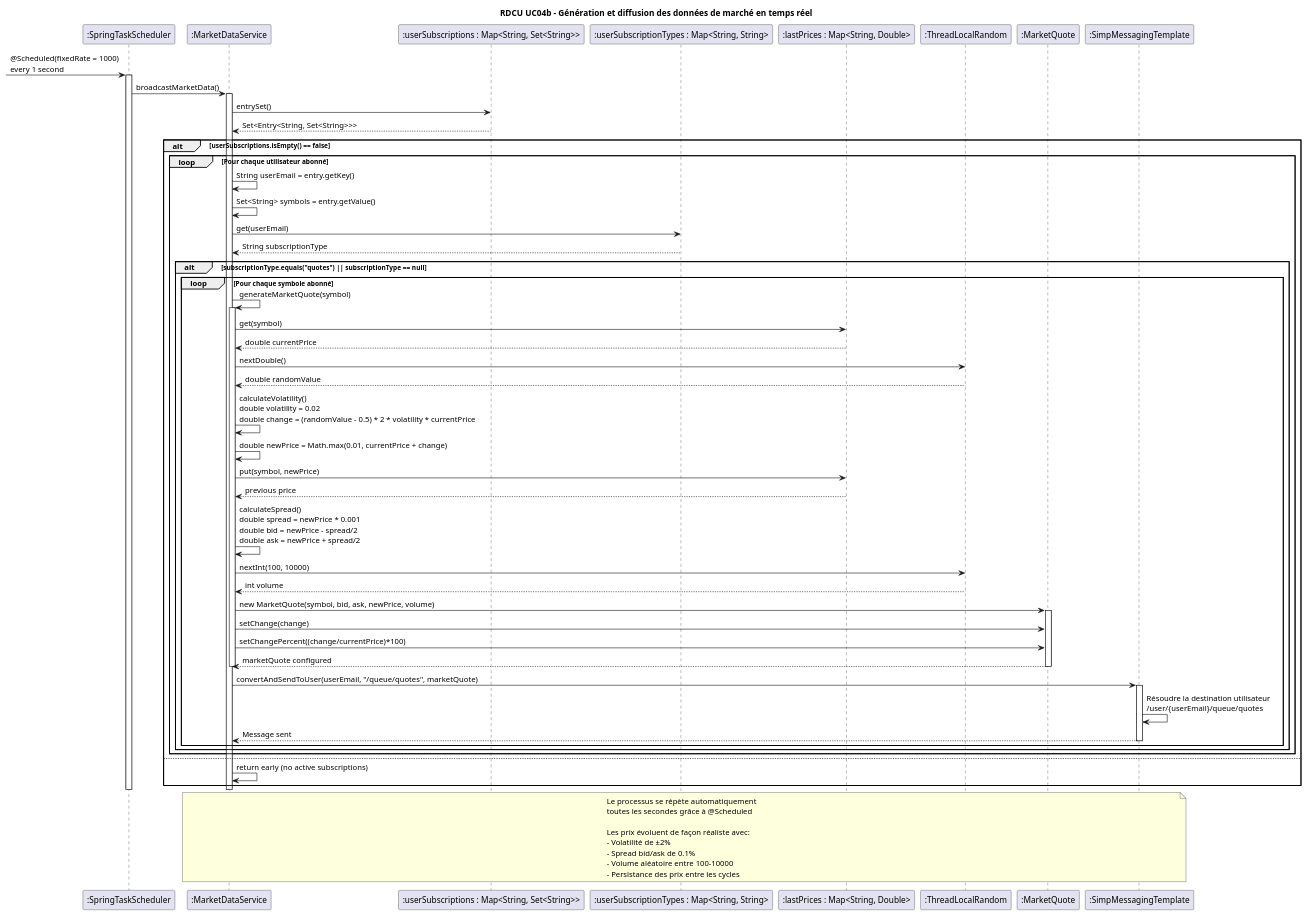
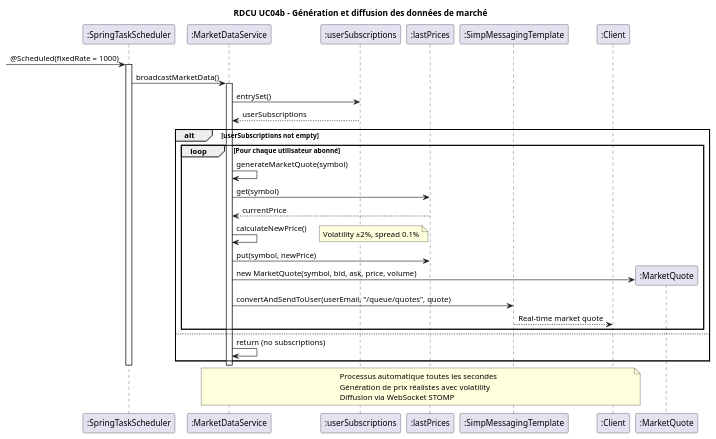
Before and after one commit to primika27/BrokerX-phase2-micorservices-: the diagram in docs/views/rdcu_uc04_diffusion_donnees.puml, drawn with PlantUML. The commit also changed 9 other files, not shown here.

Commit message:
uml modifs

```diff
--- a/docs/views/rdcu_uc04_diffusion_donnees.puml
+++ b/docs/views/rdcu_uc04_diffusion_donnees.puml
@@ -1,88 +1,51 @@
 @startuml rdcu_uc04_diffusion_donnees
-title RDCU UC04b - Génération et diffusion des données de marché en temps réel
+title RDCU UC04b - Génération et diffusion des données de marché
 
 participant ":SpringTaskScheduler" as Scheduler
 participant ":MarketDataService" as BusinessService
-participant ":userSubscriptions : Map<String, Set<String>>" as SubsMap
-participant ":userSubscriptionTypes : Map<String, String>" as TypeMap
-participant ":lastPrices : Map<String, Double>" as PriceCache
-participant ":ThreadLocalRandom" as Random
-participant ":MarketQuote" as Quote
+participant ":userSubscriptions" as SubsMap
+participant ":lastPrices" as PriceCache
 participant ":SimpMessagingTemplate" as MessageTemplate
+participant ":Client" as Client
 
--> Scheduler : @Scheduled(fixedRate = 1000)\nevery 1 second
+-> Scheduler : @Scheduled(fixedRate = 1000)
 activate Scheduler
 
 Scheduler -> BusinessService : broadcastMarketData()
 activate BusinessService
 
 BusinessService -> SubsMap : entrySet()
-SubsMap --> BusinessService : Set<Entry<String, Set<String>>>
+SubsMap --> BusinessService : userSubscriptions
 
-alt userSubscriptions.isEmpty() == false
+alt userSubscriptions not empty
     loop Pour chaque utilisateur abonné
-        BusinessService -> BusinessService : String userEmail = entry.getKey()
-        BusinessService -> BusinessService : Set<String> symbols = entry.getValue()
-        BusinessService -> TypeMap : get(userEmail)
-        TypeMap --> BusinessService : String subscriptionType
+        BusinessService -> BusinessService : generateMarketQuote(symbol)
         
-        alt subscriptionType.equals("quotes") || subscriptionType == null
-            loop Pour chaque symbole abonné
-                BusinessService -> BusinessService : generateMarketQuote(symbol)
-                activate BusinessService
-                
-                BusinessService -> PriceCache : get(symbol)
-                PriceCache --> BusinessService : double currentPrice
-                
-                BusinessService -> Random : nextDouble()
-                Random --> BusinessService : double randomValue
-                
-                BusinessService -> BusinessService : calculateVolatility()\ndouble volatility = 0.02\ndouble change = (randomValue - 0.5) * 2 * volatility * currentPrice
-                
-                BusinessService -> BusinessService : double newPrice = Math.max(0.01, currentPrice + change)
-                
-                BusinessService -> PriceCache : put(symbol, newPrice)
-                PriceCache --> BusinessService : previous price
-                
-                BusinessService -> BusinessService : calculateSpread()\ndouble spread = newPrice * 0.001\ndouble bid = newPrice - spread/2\ndouble ask = newPrice + spread/2
-                
-                BusinessService -> Random : nextInt(100, 10000)
-                Random --> BusinessService : int volume
-                
-                BusinessService -> Quote : new MarketQuote(symbol, bid, ask, newPrice, volume)
-                activate Quote
-                
-                BusinessService -> Quote : setChange(change)
-                BusinessService -> Quote : setChangePercent((change/currentPrice)*100)
-                Quote --> BusinessService : marketQuote configured
-                deactivate Quote
-                
-                deactivate BusinessService
-                
-                BusinessService -> MessageTemplate : convertAndSendToUser(userEmail, "/queue/quotes", marketQuote)
-                activate MessageTemplate
-                MessageTemplate -> MessageTemplate : Résoudre la destination utilisateur\n/user/{userEmail}/queue/quotes
-                MessageTemplate --> BusinessService : Message sent
-                deactivate MessageTemplate
-            end
-        end
+        BusinessService -> PriceCache : get(symbol)
+        PriceCache --> BusinessService : currentPrice
+        
+        BusinessService -> BusinessService : calculateNewPrice()
+        note right : Volatility ±2%, spread 0.1%
+        
+        BusinessService -> PriceCache : put(symbol, newPrice)
+        
+        create participant ":MarketQuote" as Quote
+        BusinessService -> Quote : new MarketQuote(symbol, bid, ask, price, volume)
+        
+        BusinessService -> MessageTemplate : convertAndSendToUser(userEmail, "/queue/quotes", quote)
+        MessageTemplate --> Client : Real-time market quote
     end
 else
-    BusinessService -> BusinessService : return early (no active subscriptions)
+    BusinessService -> BusinessService : return (no subscriptions)
 end
 
 deactivate BusinessService
 deactivate Scheduler
 
-note over BusinessService, MessageTemplate
-    Le processus se répète automatiquement
-    toutes les secondes grâce à @Scheduled
-    
-    Les prix évoluent de façon réaliste avec:
-    - Volatilité de ±2%
-    - Spread bid/ask de 0.1%
-    - Volume aléatoire entre 100-10000
-    - Persistance des prix entre les cycles
+note over BusinessService, Client
+    Processus automatique toutes les secondes
+    Génération de prix réalistes avec volatility
+    Diffusion via WebSocket STOMP
 end note
 
 @enduml
```
